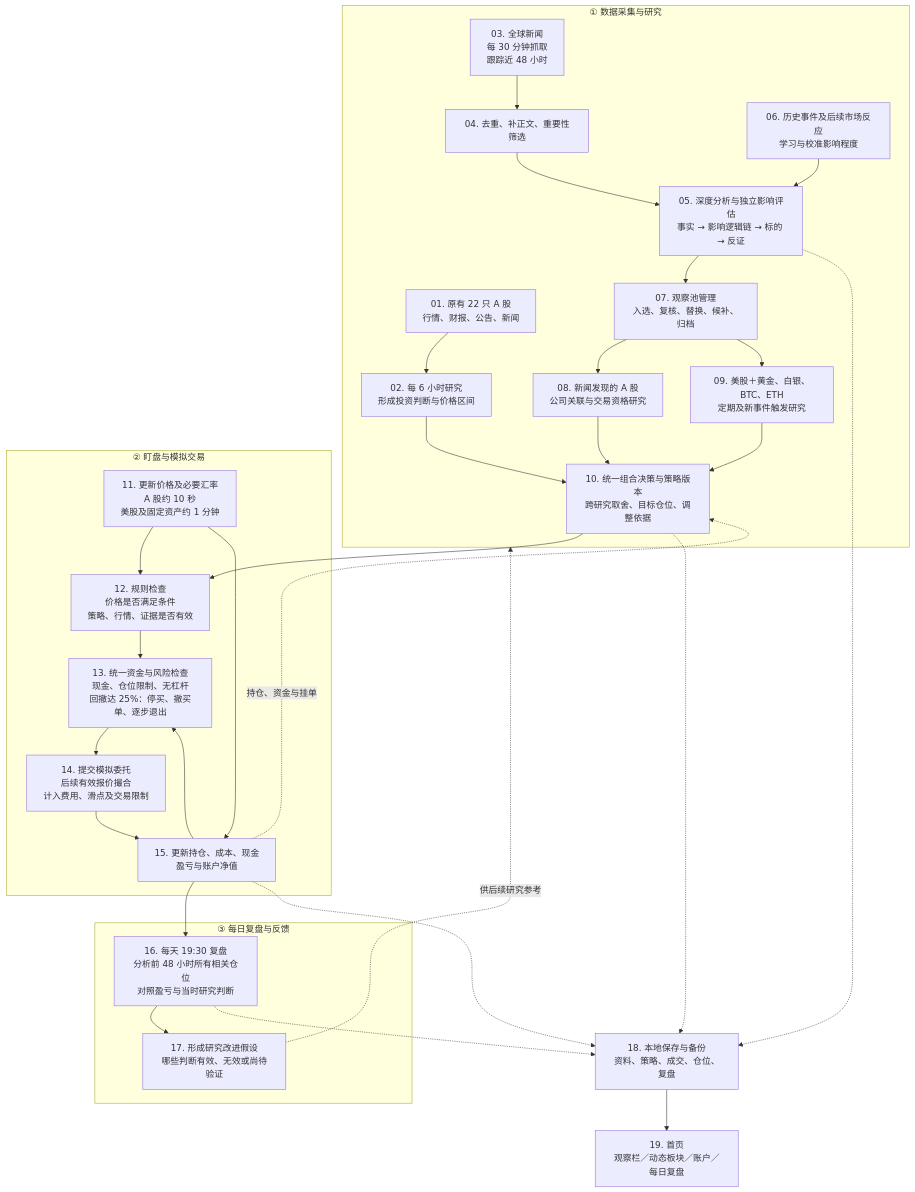
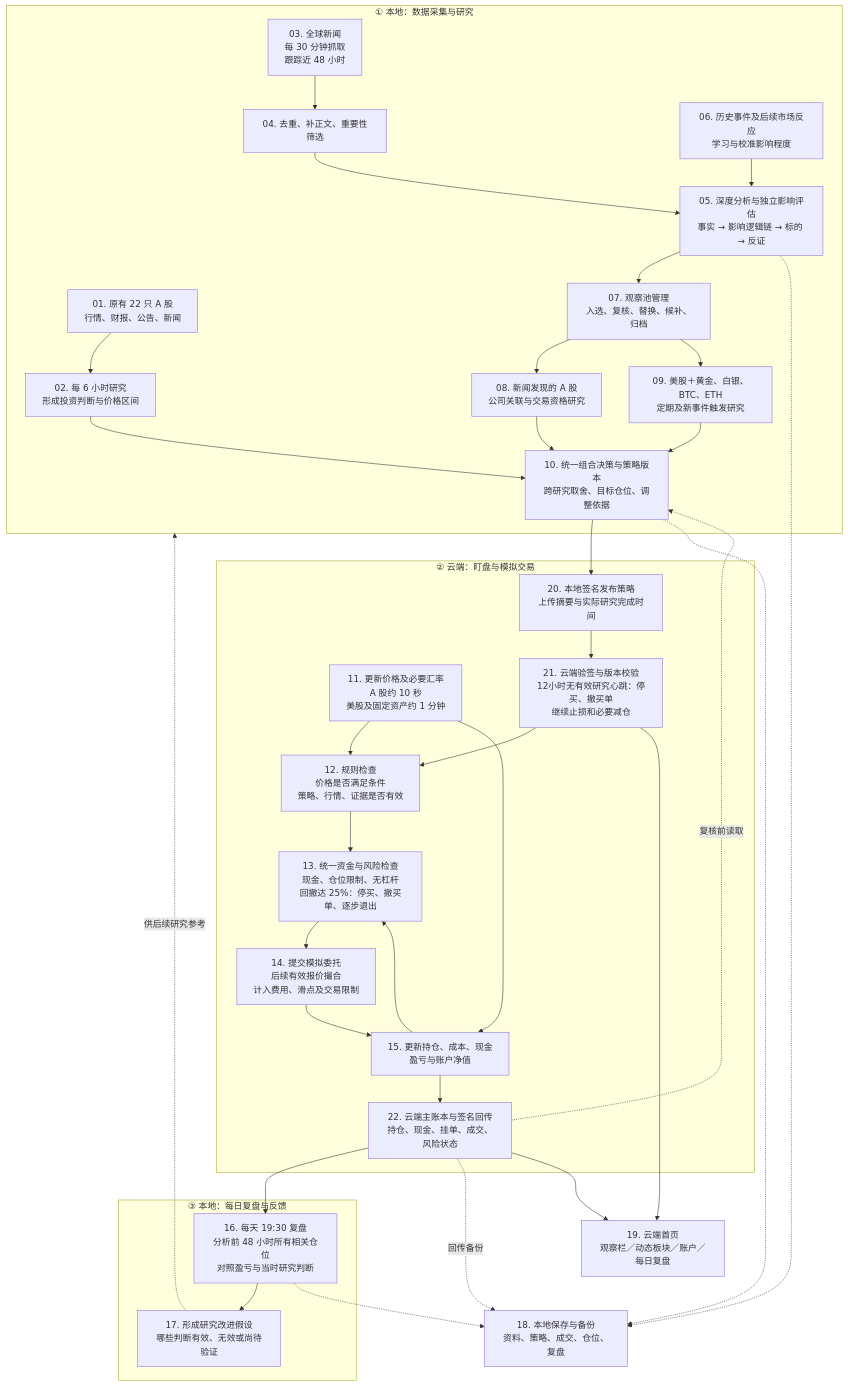
One commit to yyd106/thesistrade changed the diagram in docs/当前数据运行流程.md. Above: the diagram before and after it, drawn with Mermaid. The commit also changed other lines of this file and 5 other files, not shown here.

````diff
--- a/docs/当前数据运行流程.md
+++ b/docs/当前数据运行流程.md
@@ -7,39 +7,43 @@
 ```mermaid
 flowchart TD
-    subgraph Research["① 数据采集与研究"]
+    subgraph Research["① 本地：数据采集与研究"]
         A["01. 原有 22 只 A 股<br/>行情、财报、公告、新闻"] --> B["02. 每 6 小时研究<br/>形成投资判断与价格区间"]
         C["03. 全球新闻<br/>每 30 分钟抓取<br/>跟踪近 48 小时"] --> D["04. 去重、补正文、重要性筛选"]
         D --> F["05. 深度分析与独立影响评估<br/>事实 → 影响逻辑链 → 标的 → 反证"]
         H["06. 历史事件及后续市场反应<br/>学习与校准影响程度"] --> F
         F --> W["07. 观察池管理<br/>入选、复核、替换、候补、归档"]
         W --> J["08. 新闻发现的 A 股<br/>公司关联与交易资格研究"]
         W --> G["09. 美股＋黄金、白银、BTC、ETH<br/>定期及新事件触发研究"]
         B --> P["10. 统一组合决策与策略版本<br/>跨研究取舍、目标仓位、调整依据"]
         J --> P
         G --> P
     end
 
-    subgraph Trading["② 盯盘与模拟交易"]
+    subgraph Trading["② 云端：盯盘与模拟交易"]
         Q["11. 更新价格及必要汇率<br/>A 股约 10 秒<br/>美股及固定资产约 1 分钟"] --> E["12. 规则检查<br/>价格是否满足条件<br/>策略、行情、证据是否有效"]
-        P --> E
+        P --> S["20. 本地签名发布策略<br/>上传摘要与实际研究完成时间"]
+        S --> HBC["21. 云端验签与版本校验<br/>12小时无有效研究心跳：停买、撤买单<br/>继续止损和必要减仓"]
+        HBC --> E
         E --> R["13. 统一资金与风险检查<br/>现金、仓位限制、无杠杆<br/>回撤达 25%：停买、撤买单、逐步退出"]
         R --> O["14. 提交模拟委托<br/>后续有效报价撮合<br/>计入费用、滑点及交易限制"]
         O --> V["15. 更新持仓、成本、现金<br/>盈亏与账户净值"]
         Q --> V
         V --> R
-        V -. 持仓、资金与挂单 .-> P
+        V --> LEDGER["22. 云端主账本与签名回传<br/>持仓、现金、挂单、成交、风险状态"]
+        LEDGER -. 复核前读取 .-> P
     end
 
-    subgraph Review["③ 每日复盘与反馈"]
-        V --> RV["16. 每天 19:30 复盘<br/>分析前 48 小时所有相关仓位<br/>对照盈亏与当时研究判断"]
+    subgraph Review["③ 本地：每日复盘与反馈"]
+        LEDGER --> RV["16. 每天 19:30 复盘<br/>分析前 48 小时所有相关仓位<br/>对照盈亏与当时研究判断"]
         RV --> L["17. 形成研究改进假设<br/>哪些判断有效、无效或尚待验证"]
     end
 
     L -. 供后续研究参考 .-> Research
 
     P -.-> DB["18. 本地保存与备份<br/>资料、策略、成交、仓位、复盘"]
     F -.-> DB
-    V -.-> DB
+    LEDGER -. 回传备份 .-> DB
     RV -.-> DB
-    DB --> UI["19. 首页<br/>观察栏／动态板块／账户／每日复盘"]
+    LEDGER --> UI["19. 云端首页<br/>观察栏／动态板块／账户／每日复盘"]
+    HBC --> UI
 ```
````
